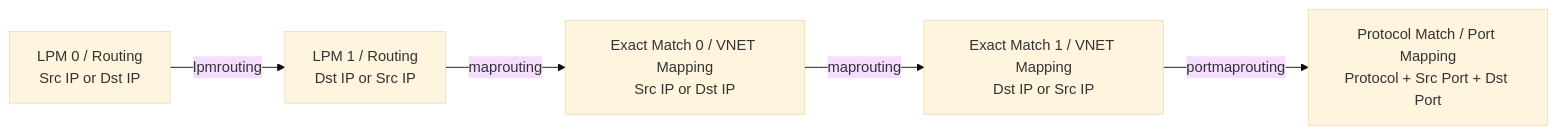
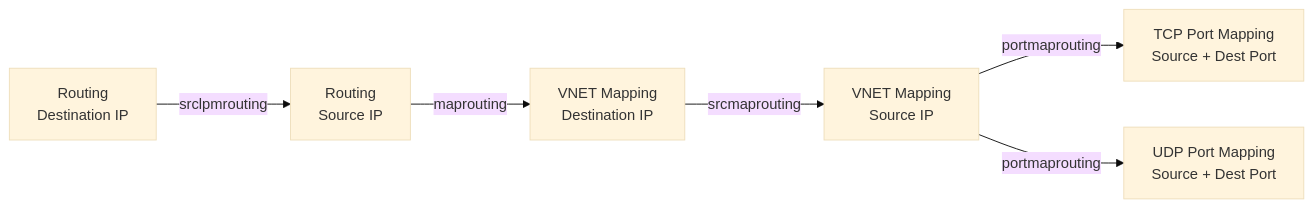
The fourth of 5 diagrams in documentation/general/dash-sai-pipeline-packet-flow.md (sonic-net/DASH), drawn with Mermaid (base theme) before and after one commit. The commit also changed other lines of this file, not shown here.

````diff
--- a/documentation/general/dash-sai-pipeline-packet-flow.md
+++ b/documentation/general/dash-sai-pipeline-packet-flow.md
@@ -208,13 +225,15 @@
 ```mermaid
 flowchart LR
-    LPM0[LPM 0 / Routing<br>Src IP or Dst IP]
-    LPM1[LPM 1 / Routing<br>Dst IP or Src IP]
-    Exact0[Exact Match 0 / VNET Mapping<br>Src IP or Dst IP]
-    Exact1[Exact Match 1 / VNET Mapping<br>Dst IP or Src IP]
-    Proto[Protocol Match / Port Mapping<br>Protocol + Src Port + Dst Port]
+    RoutingDst[Routing<br>Destination IP]
+    RoutingSrc[Routing<br>Source IP]
+    MapDst[VNET Mapping<br>Destination IP]
+    MapSrc[VNET Mapping<br>Source IP]
+    TcpPortMap[TCP Port Mapping<br>Source + Dest Port]
+    UdpPortMap[UDP Port Mapping<br>Source + Dest Port]
 
-    LPM0 --> |lpmrouting| LPM1
-    LPM1 --> |maprouting| Exact0
-    Exact0 --> |maprouting| Exact1
-    Exact1 --> |portmaprouting| Proto
+    RoutingDst --> | srclpmrouting | RoutingSrc
+    RoutingSrc --> | maprouting | MapDst
+    MapDst --> | srcmaprouting | MapSrc
+    MapSrc --> | portmaprouting | TcpPortMap
+    MapSrc --> | portmaprouting | UdpPortMap
 ```
````
